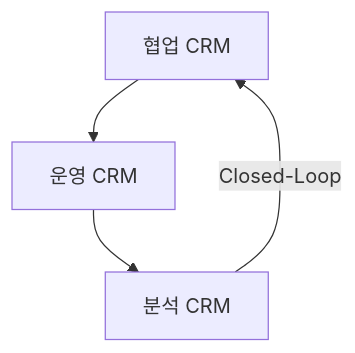
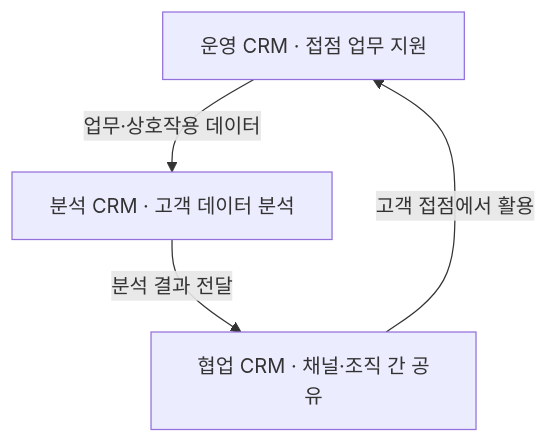
The second of 2 diagrams in src/content/docs/notes/itpe/01-it-strategy/031_crm.md (agnusdei1207/study), drawn with Mermaid before and after one commit. The commit also changed other lines of this file and 6 other files, not shown here.

````diff
--- a/src/content/docs/notes/itpe/01-it-strategy/031_crm.md
+++ b/src/content/docs/notes/itpe/01-it-strategy/031_crm.md
@@ -96,6 +93,6 @@
 ```mermaid
 flowchart TD
-    C["협업 CRM"] --> O["운영 CRM"]
-    O --> A["분석 CRM"]
-    A -->|"Closed-Loop"| C
+    O["운영 CRM · 접점 업무 지원"] -->|업무·상호작용 데이터| A["분석 CRM · 고객 데이터 분석"]
+    A -->|분석 결과 전달| C["협업 CRM · 채널·조직 간 공유"]
+    C -->|고객 접점에서 활용| O
 ```
````
